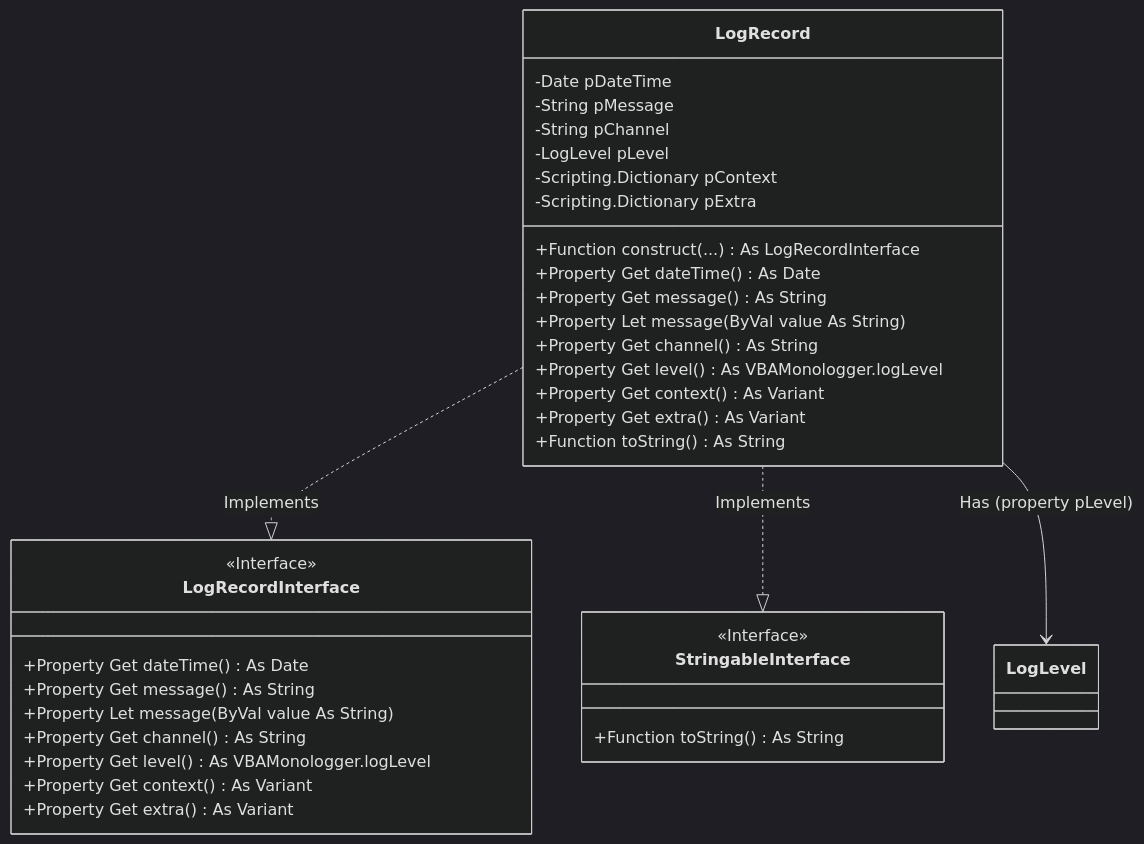
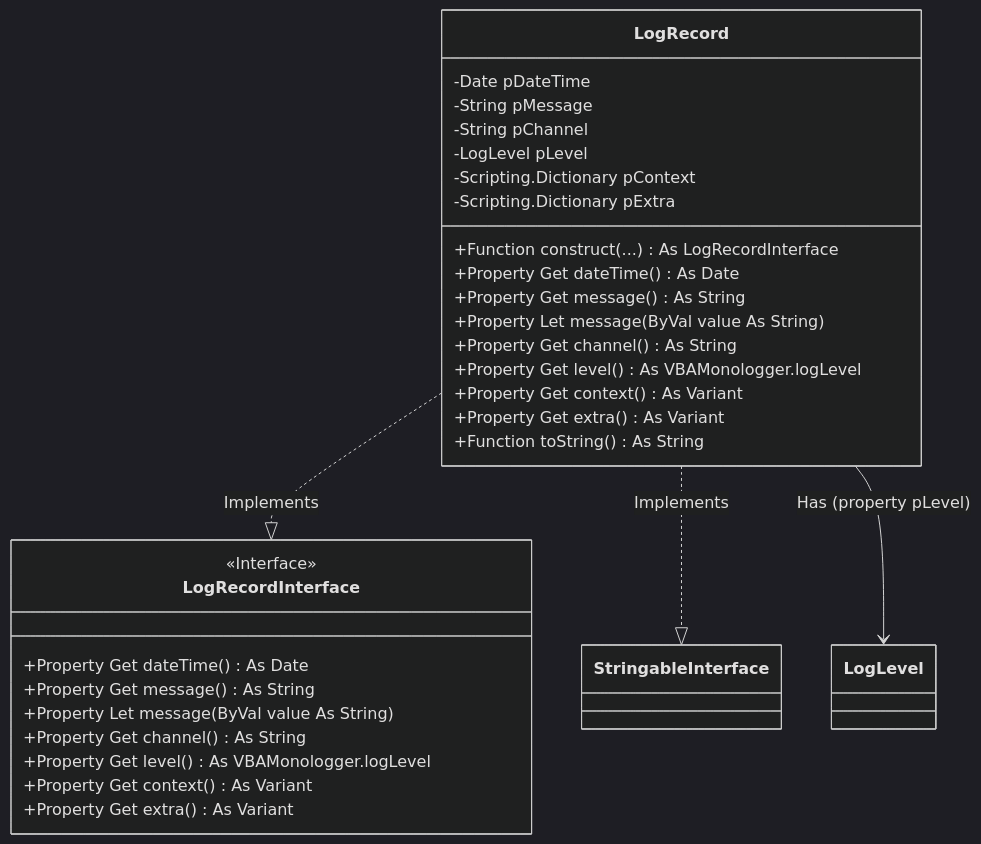
The diagram in docs/src/under-the-hood/log-record.md (6i-software/vba-monologger), drawn with Mermaid (dark theme) before and after one commit. The commit also changed other lines of this file and 20 other files, not shown here.

````diff
--- a/docs/src/under-the-hood/log-record.md
+++ b/docs/src/under-the-hood/log-record.md
@@ -17,43 +25,38 @@
 ```mermaid
 classDiagram
     direction TB
     
     class LogRecordInterface {
         <<Interface>>
         +Property Get dateTime() As Date
         +Property Get message() As String
         +Property Let message(ByVal value As String)
         +Property Get channel() As String
         +Property Get level() As VBAMonologger.logLevel
         +Property Get context() As Variant
         +Property Get extra() As Variant
     }
 
     class LogRecord {
         +Function construct(...) As LogRecordInterface
         -Date pDateTime
         -String pMessage
         -String pChannel
         -LogLevel pLevel
         -Scripting.Dictionary pContext
         -Scripting.Dictionary pExtra
 
         +Property Get dateTime() As Date
         +Property Get message() As String
         +Property Let message(ByVal value As String)
         +Property Get channel() As String
         +Property Get level() As VBAMonologger.logLevel
         +Property Get context() As Variant
         +Property Get extra() As Variant
         +Function toString() As String
     }
     
-    class StringableInterface {
-        <<Interface>>
-        +Function toString() As String
-    }    
-    
     LogRecord ..|> LogRecordInterface : Implements
     LogRecord ..|> StringableInterface : Implements    
     LogRecord --> LogLevel : Has (property pLevel)
 ```
````
